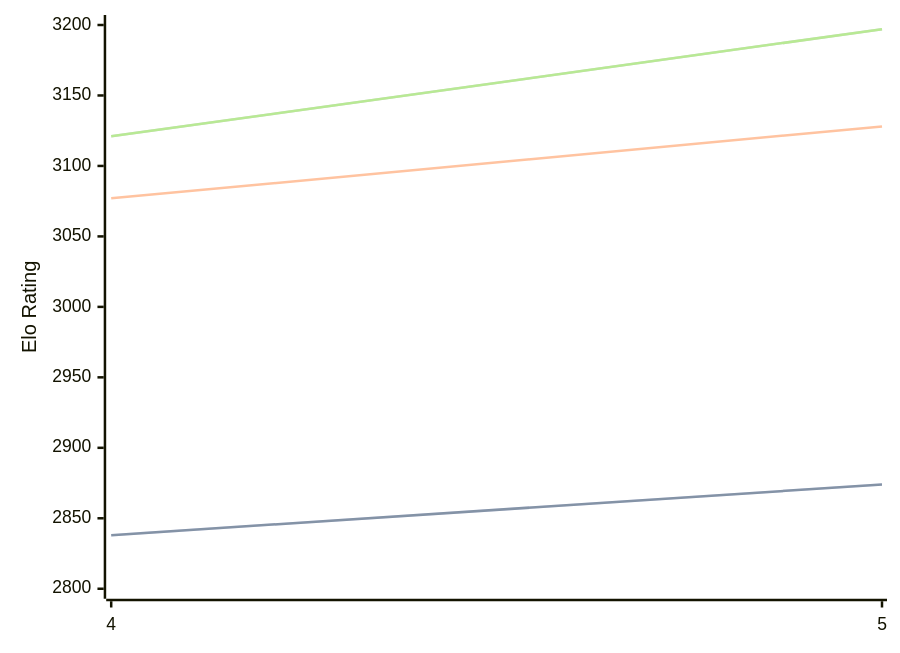
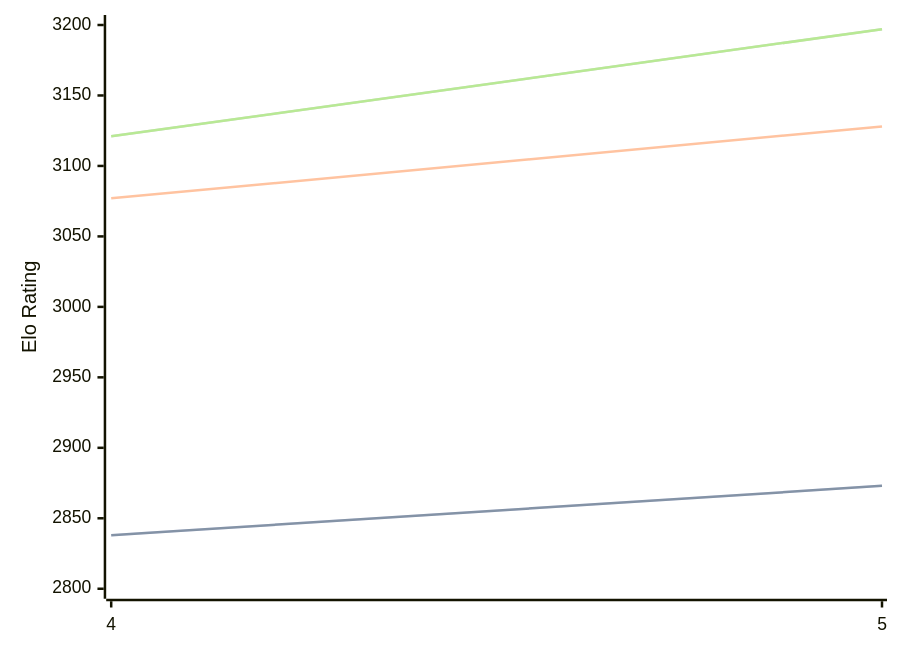
Before and after one commit to computer-chess-index/cci: the third of 3 diagrams in engines/Cwtch.md, drawn with Mermaid. The commit also changed other lines of this file, not shown here.

````diff
--- a/engines/Cwtch.md
+++ b/engines/Cwtch.md
@@ -67,11 +67,11 @@
 ```mermaid
 %%{init: {"theme":"base","themeVariables":{"seriesColors:['#a3a3a3','#222221','#faa371']}}}%%
 xychart-beta
   x-axis ["4", "5"]
   y-axis "Elo Rating" 2800 --> 3200
-  line "STC (8.0+0.08s)" [2838, 2874]
-  line "STC (8.0+0.08s)" [2838, 2874]
+  line "STC (8.0+0.08s)" [2838, 2873]
+  line "STC (8.0+0.08s)" [2838, 2873]
   line "LTC (60.0+0.60s)" [3077, 3128]
   line "VLTC (2m24s+1.12s)" [3121, 3197]
   line "VLTC (2m24s+1.12s)" [3121, 3197]
 ```
````
